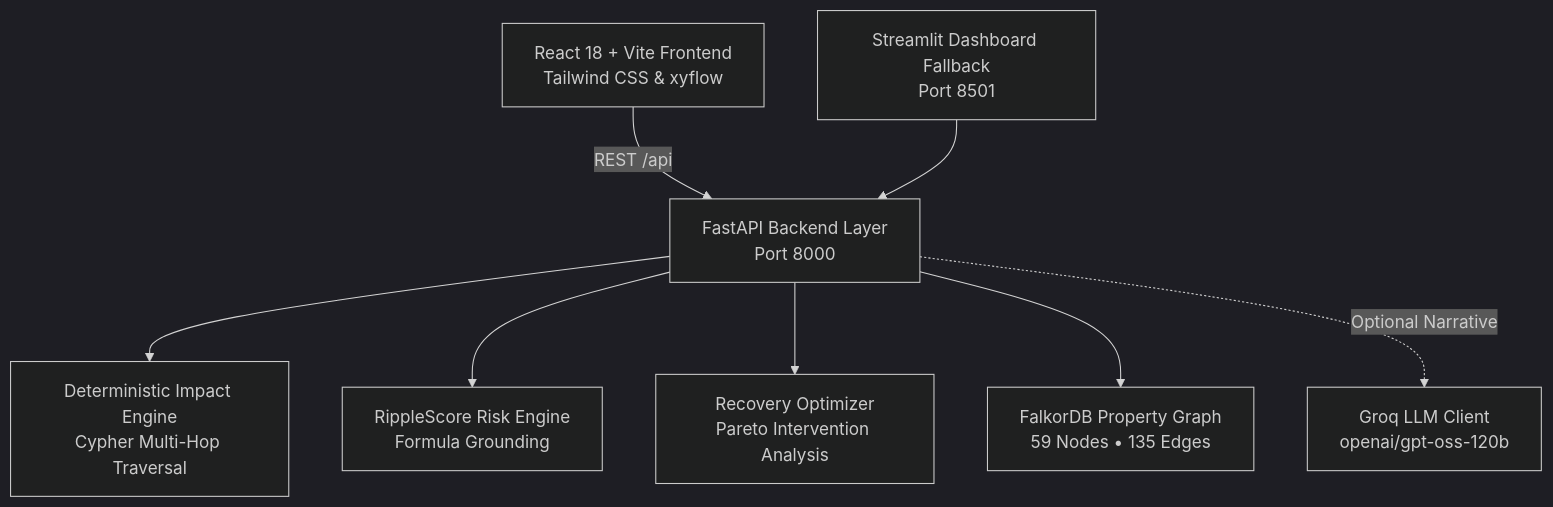
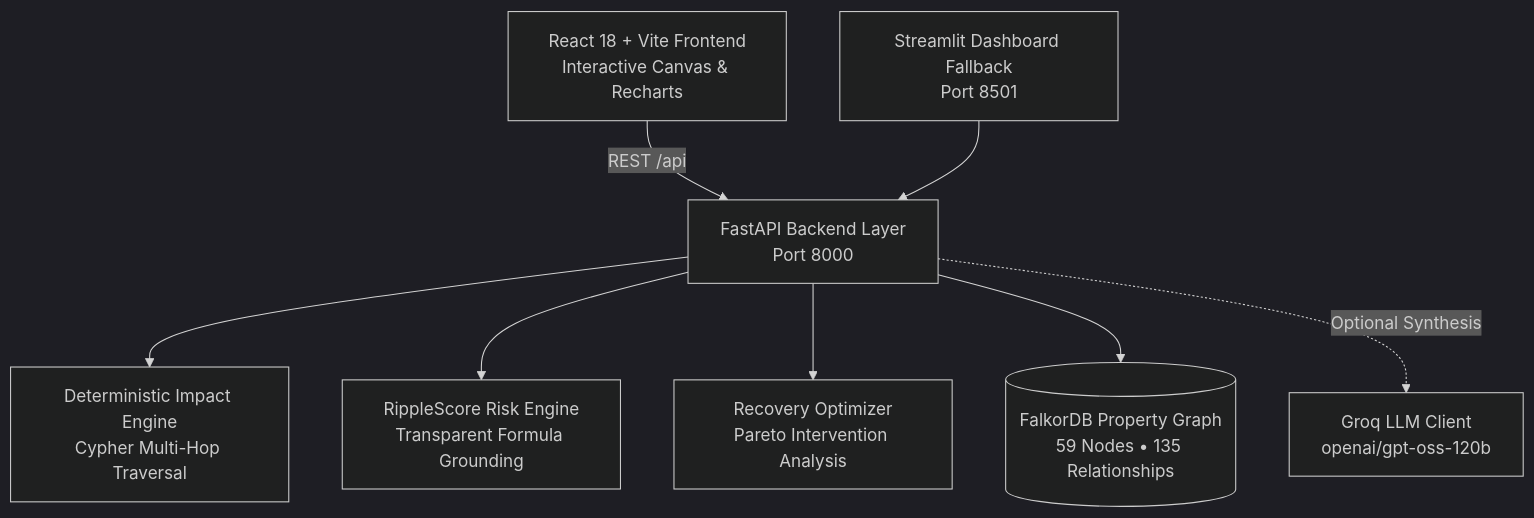
One commit to MADHANKUMAR98/Ripplemap changed the diagram in README.md. Above: the diagram before and after it, drawn with Mermaid (dark theme). The commit also changed other lines of this file, not shown here.

Commit message:
docs: expand README with comprehensive system architecture, data model, and query documentation

````diff
--- a/README.md
+++ b/README.md
@@ -11,10 +36,10 @@
 ```mermaid
 graph TD
-    A[React 18 + Vite Frontend<br/>Tailwind CSS & xyflow] -->|REST /api| B[FastAPI Backend Layer<br/>Port 8000]
+    A[React 18 + Vite Frontend<br/>Interactive Canvas & Recharts] -->|REST /api| B[FastAPI Backend Layer<br/>Port 8000]
     B --> C[Deterministic Impact Engine<br/>Cypher Multi-Hop Traversal]
-    B --> D[RippleScore Risk Engine<br/>Formula Grounding]
+    B --> D[RippleScore Risk Engine<br/>Transparent Formula Grounding]
     B --> E[Recovery Optimizer<br/>Pareto Intervention Analysis]
-    B --> F[FalkorDB Property Graph<br/>59 Nodes • 135 Edges]
-    B -.->|Optional Narrative| G[Groq LLM Client<br/>openai/gpt-oss-120b]
+    B --> F[(FalkorDB Property Graph<br/>59 Nodes • 135 Relationships)]
+    B -.->|Optional Synthesis| G[Groq LLM Client<br/>openai/gpt-oss-120b]
     H[Streamlit Dashboard Fallback<br/>Port 8501] --> B
 ```
````
